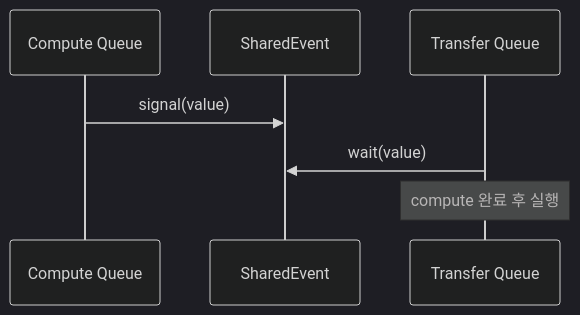
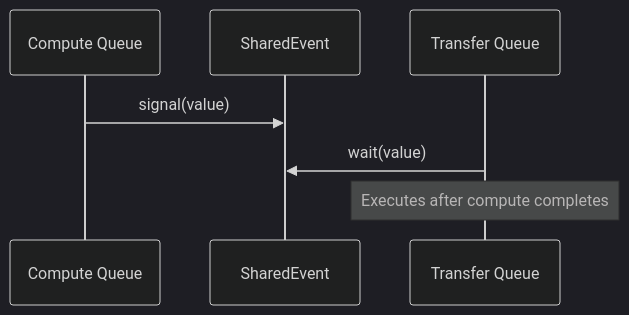
Before and after one commit to 0xDaizz/RMLX: the second of 3 diagrams in docs/crates/rmlx-metal.md, drawn with Mermaid (dark theme). The commit also changed other lines of this file and 30 other files, not shown here.

````diff
--- a/docs/crates/rmlx-metal.md
+++ b/docs/crates/rmlx-metal.md
@@ -387,10 +387,10 @@
 ```mermaid
 sequenceDiagram
     participant Compute Queue
     participant SharedEvent
     participant Transfer Queue
 
     Compute Queue->>SharedEvent: signal(value)
     Transfer Queue->>SharedEvent: wait(value)
-    Note over Transfer Queue: compute 완료 후 실행
+    Note over Transfer Queue: Executes after compute completes
 ```
````
